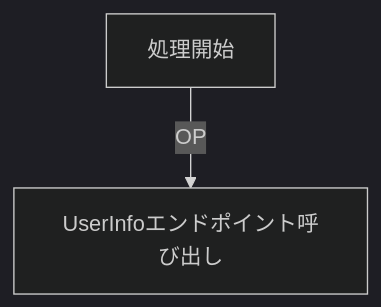
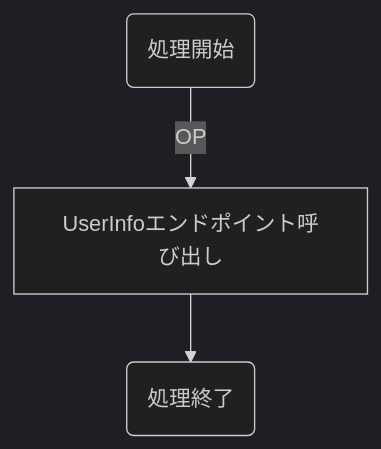
The diagram in docs/business-flow/design/rp/User-profile-request.md (nob-islan/nob-openid-connect), drawn with Mermaid before and after one commit. The commit also changed 10 other files, not shown here.

Commit message:
フロー図雛形完成

````diff
--- a/docs/business-flow/design/rp/User-profile-request.md
+++ b/docs/business-flow/design/rp/User-profile-request.md
@@ -3,5 +3,6 @@
 ```mermaid
 %%{init:{'theme':'dark'}}%%
 graph TD;
-    処理開始 --> |OP| UserInfoエンドポイント呼び出し
+    A(処理開始) --> |OP| B[UserInfoエンドポイント呼び出し]
+    B --> C(処理終了)
 ```
````
